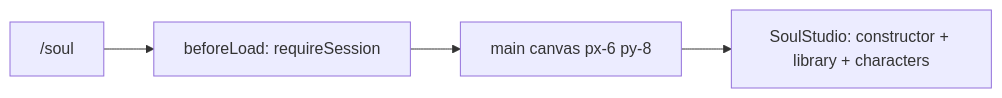
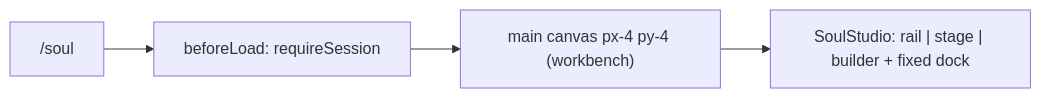
The diagram in apps/web/src/routes/_shell.soul.index.tsx.md (AzamatRaimbekov2/openCreate), drawn with Mermaid before and after one commit. The commit also changed other lines of this file and 359 other files, not shown here.

````diff
--- a/apps/web/src/routes/_shell.soul.index.tsx.md
+++ b/apps/web/src/routes/_shell.soul.index.tsx.md
@@ -25,6 +26,6 @@
 ```mermaid
 flowchart LR
   URL["/soul"] --> G[beforeLoad: requireSession]
-  G --> M[main canvas px-6 py-8]
-  M --> S[SoulStudio: constructor + library + characters]
+  G --> M["main canvas px-4 py-4 (workbench)"]
+  M --> S["SoulStudio: rail | stage | builder + fixed dock"]
 ```
````
